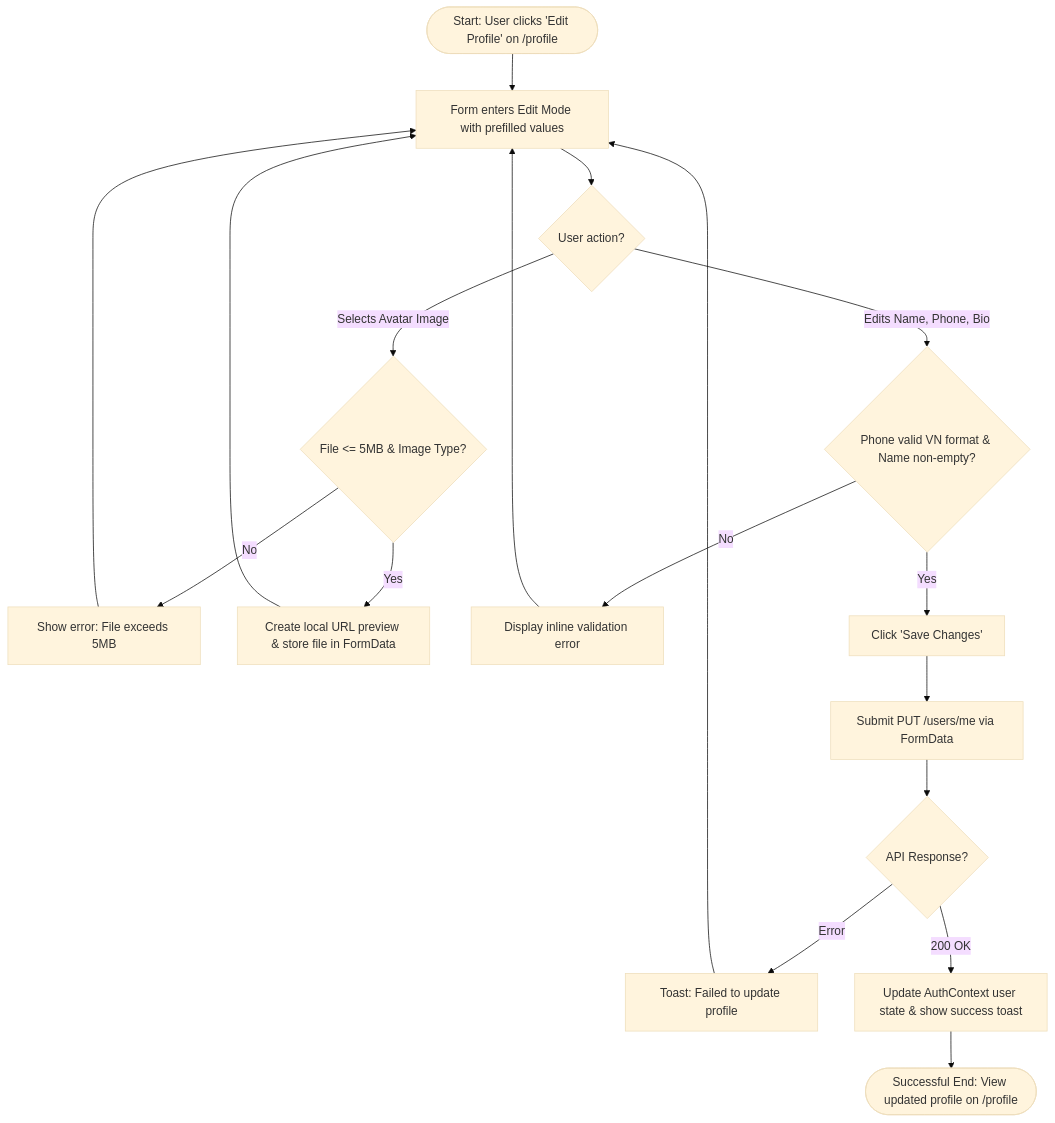
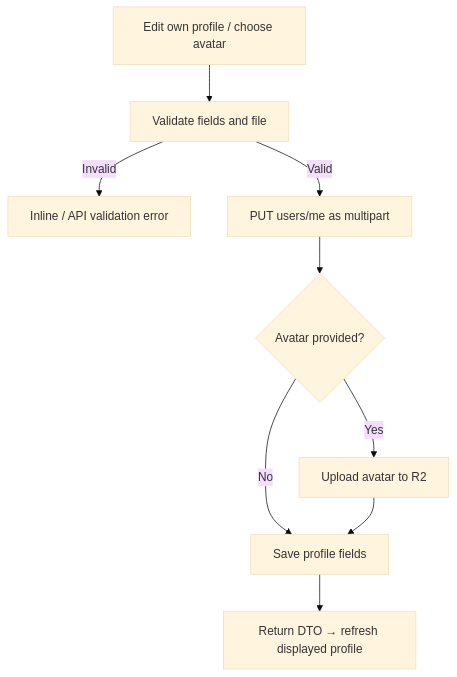
One commit to NguyenQuocTrong-bonmat/frontend-VeganHelperSystem changed the seventh of 56 diagrams in Design.MD. Above: the diagram before and after it, drawn with Mermaid (base theme). The commit also changed other lines of this file, not shown here.

Commit message:
docs: align design diagrams with current workflows

````diff
--- a/Design.MD
+++ b/Design.MD
@@ -768,16 +348,11 @@
 ```mermaid
 flowchart TD
-    A([Start: User clicks 'Edit Profile' on /profile]) --> B[Form enters Edit Mode with prefilled values]
-    B --> C{User action?}
-    C -->|Selects Avatar Image| D{File <= 5MB & Image Type?}
-    D -->|No| E[Show error: File exceeds 5MB] --> B
-    D -->|Yes| F[Create local URL preview & store file in FormData] --> B
-    C -->|Edits Name, Phone, Bio| G{Phone valid VN format & Name non-empty?}
-    G -->|No| H[Display inline validation error] --> B
-    G -->|Yes| I[Click 'Save Changes']
-    I --> J[Submit PUT /users/me via FormData]
-    J --> K{API Response?}
-    K -->|Error| L[Toast: Failed to update profile] --> B
-    K -->|200 OK| M[Update AuthContext user state & show success toast]
-    M --> N([Successful End: View updated profile on /profile])
+    A["Edit own profile / choose avatar"] --> B["Validate fields and file"]
+    B -->|Invalid| C["Inline / API validation error"]
+    B -->|Valid| D["PUT users/me as multipart"]
+    D --> E{"Avatar provided?"}
+    E -->|Yes| F["Upload avatar to R2"]
+    E -->|No| G["Save profile fields"]
+    F --> G
+    G --> H["Return DTO → refresh displayed profile"]
 ```
````
